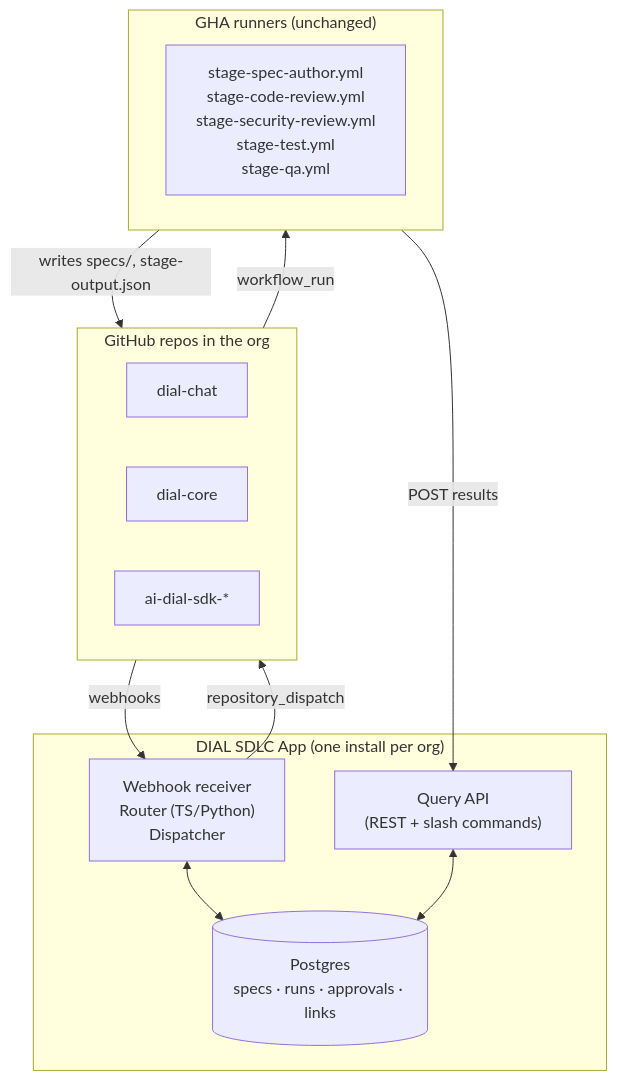
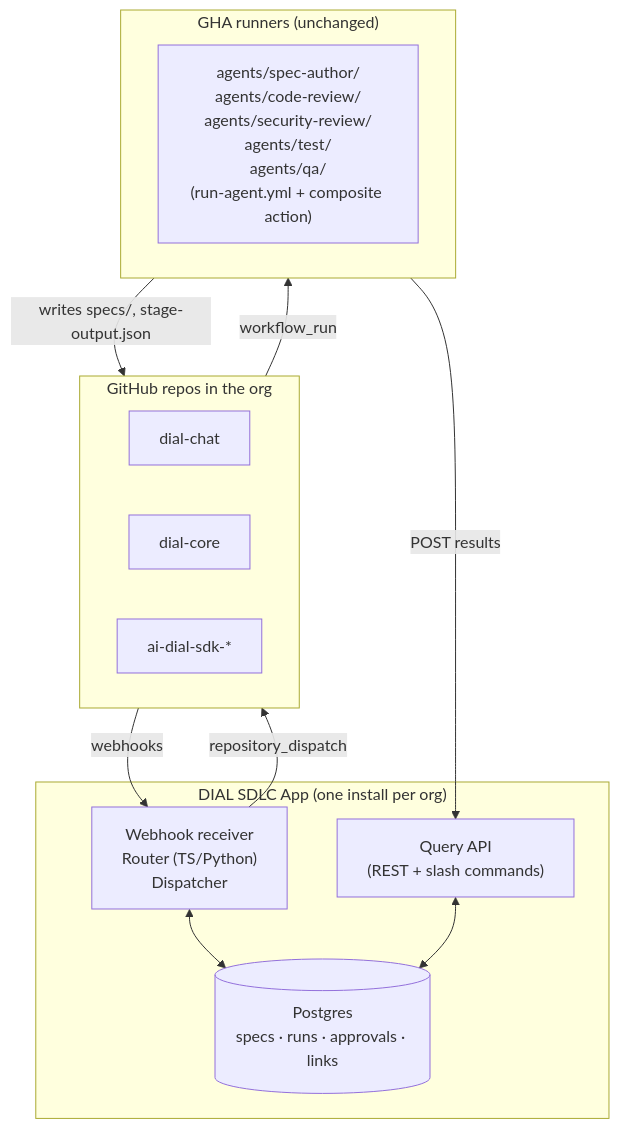
The diagram in dial-claude-sdlc-orchestration-app.md (epam/ai-dial-chat), drawn with Mermaid before and after one commit. The commit also changed other lines of this file and 6 other files, not shown here.

````diff
--- a/dial-claude-sdlc-orchestration-app.md
+++ b/dial-claude-sdlc-orchestration-app.md
@@ -89,27 +90,27 @@
 ```mermaid
 flowchart TB
     subgraph repos["GitHub repos in the org"]
       r1[dial-chat]
       r2[dial-core]
       r3[ai-dial-sdk-*]
     end
 
     repos -- webhooks --> app
     app -- repository_dispatch --> repos
 
     subgraph appbox["DIAL SDLC App (one install per org)"]
       app["Webhook receiver<br/>Router (TS/Python)<br/>Dispatcher"]
       db[("Postgres<br/>specs · runs · approvals · links")]
       api["Query API<br/>(REST + slash commands)"]
       app <--> db
       api <--> db
     end
 
     subgraph runners["GHA runners (unchanged)"]
-      stages["stage-spec-author.yml<br/>stage-code-review.yml<br/>stage-security-review.yml<br/>stage-test.yml<br/>stage-qa.yml"]
+      stages["agents/spec-author/<br/>agents/code-review/<br/>agents/security-review/<br/>agents/test/<br/>agents/qa/<br/>(run-agent.yml + composite action)"]
     end
 
     repos -- workflow_run --> runners
     runners -- POST results --> api
     runners -- writes specs/, stage-output.json --> repos
 ```
````
